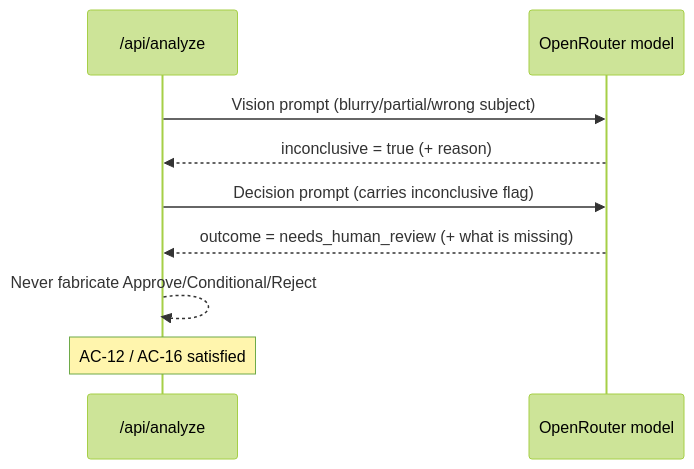
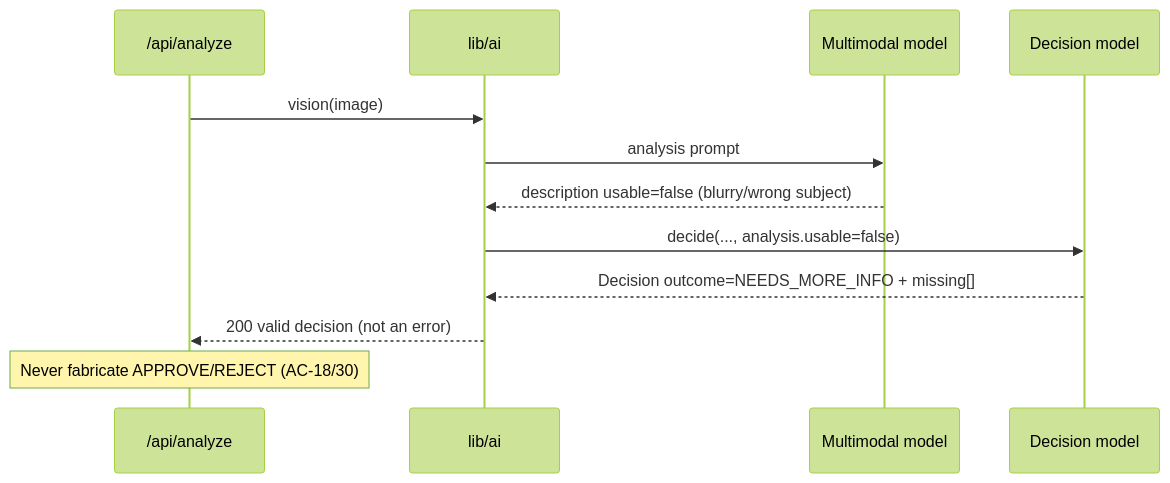
The fourth of 6 diagrams in docs/ADR/000-main-architecture.md (w-lowczecki/AI-Programming-Course-JSystem-15-06-2026), drawn with Mermaid (forest theme) before and after one commit. The commit also changed other lines of this file and 10 other files, not shown here.

````diff
--- a/docs/ADR/000-main-architecture.md
+++ b/docs/ADR/000-main-architecture.md
@@ -387,11 +430,14 @@
 ```mermaid
 sequenceDiagram
-    participant API as /api/analyze
-    participant LLM as OpenRouter model
-    API->>LLM: Vision prompt (blurry/partial/wrong subject)
-    LLM-->>API: inconclusive = true (+ reason)
-    API->>LLM: Decision prompt (carries inconclusive flag)
-    LLM-->>API: outcome = needs_human_review (+ what is missing)
-    API-->>API: Never fabricate Approve/Conditional/Reject
-    Note over API: AC-12 / AC-16 satisfied
+    participant AN as /api/analyze
+    participant AI as lib/ai
+    participant VM as Multimodal model
+    participant DM as Decision model
+    AN->>AI: vision(image)
+    AI->>VM: analysis prompt
+    VM-->>AI: description usable=false (blurry/wrong subject)
+    AI->>DM: decide(..., analysis.usable=false)
+    DM-->>AI: Decision outcome=NEEDS_MORE_INFO + missing[]
+    AI-->>AN: 200 valid decision (not an error)
+    Note over AN: Never fabricate APPROVE/REJECT (AC-18/30)
 ```
````
